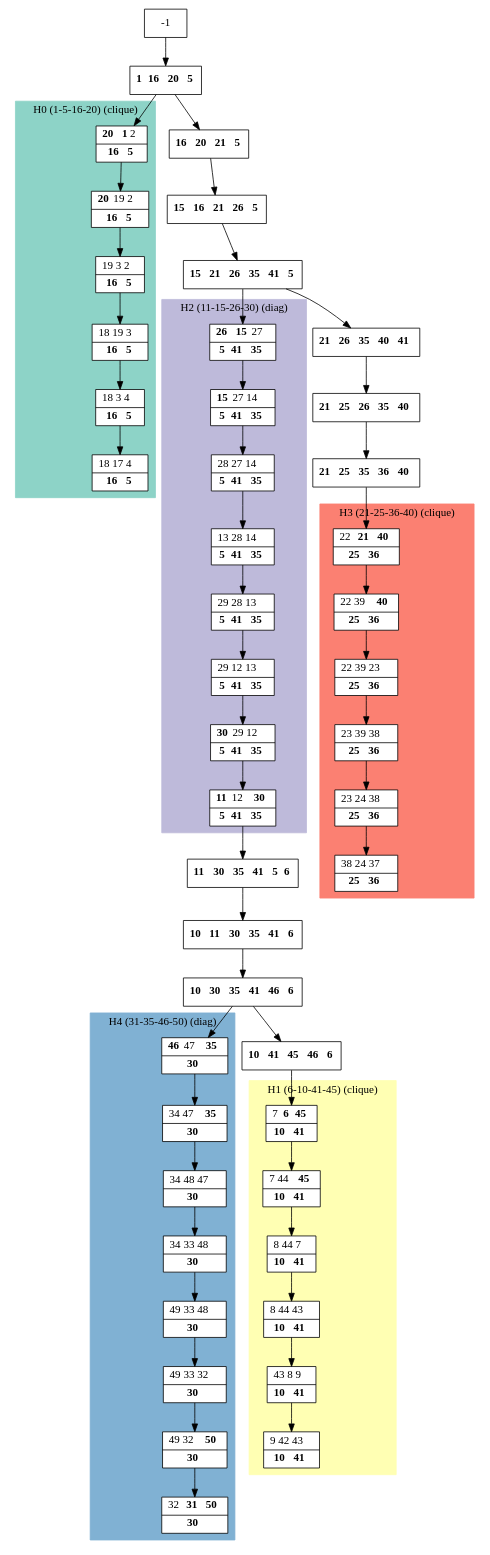
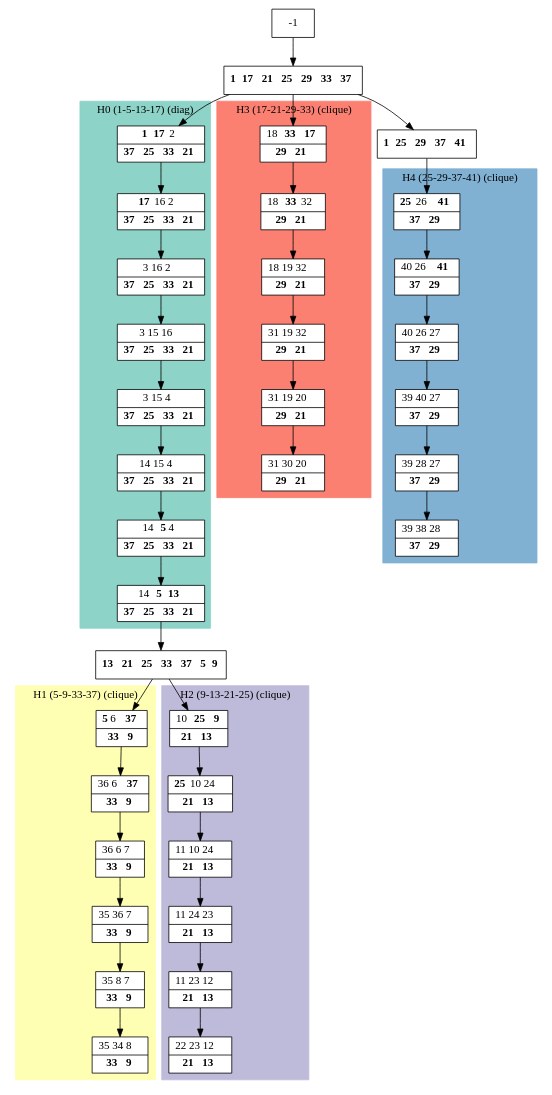
One commit to bmarchand/auto-dp changed the diagram in results/dot_files/processed_C5.dot. Above: the diagram before and after it, drawn with Graphviz. The commit also changed 188 other files, not shown here.

```diff
--- a/results/dot_files/processed_C5.dot
+++ b/results/dot_files/processed_C5.dot
@@ -1,104 +1,86 @@
 digraph G {
     node [shape=box];
     subgraph cluster0 {
         node [style=filled,fillcolor=white];
         labeljust="l";
         style=filled;
         color="#8DD3C7";
-        H0_0 -> H0_1 -> H0_2 -> H0_3 -> H0_4 -> H0_5;
-        label="H0 (1-5-16-20) (clique)";
+        H0_0 -> H0_1 -> H0_2 -> H0_3 -> H0_4 -> H0_5 -> H0_6 -> H0_7;
+        label="H0 (1-5-13-17) (diag)";
     }
     subgraph cluster1 {
         node [style=filled,fillcolor=white];
         labeljust="l";
         style=filled;
         color="#FFFFB3";
         H1_0 -> H1_1 -> H1_2 -> H1_3 -> H1_4 -> H1_5;
-        label="H1 (6-10-41-45) (clique)";
+        label="H1 (5-9-33-37) (clique)";
     }
     subgraph cluster2 {
         node [style=filled,fillcolor=white];
         labeljust="l";
         style=filled;
         color="#BEBADA";
-        H2_7 -> H2_6 -> H2_5 -> H2_4 -> H2_3 -> H2_2 -> H2_1 -> H2_0;
-        label="H2 (11-15-26-30) (diag)";
+        H2_0 -> H2_1 -> H2_2 -> H2_3 -> H2_4 -> H2_5;
+        label="H2 (9-13-21-25) (clique)";
     }
     subgraph cluster3 {
         node [style=filled,fillcolor=white];
         labeljust="l";
         style=filled;
         color="#FB8072";
         H3_0 -> H3_1 -> H3_2 -> H3_3 -> H3_4 -> H3_5;
-        label="H3 (21-25-36-40) (clique)";
+        label="H3 (17-21-29-33) (clique)";
     }
     subgraph cluster4 {
         node [style=filled,fillcolor=white];
         labeljust="l";
         style=filled;
         color="#80B1D3";
-        H4_7 -> H4_6 -> H4_5 -> H4_4 -> H4_3 -> H4_2 -> H4_1 -> H4_0;
-        label="H4 (31-35-46-50) (diag)";
+        H4_0 -> H4_1 -> H4_2 -> H4_3 -> H4_4 -> H4_5;
+        label="H4 (25-29-37-41) (clique)";
     }
-     1 [shape=record,label= <{ <b>1</b> <b>16</b> <b>20</b> <b>5</b>}> ];
+     1 [shape=record,label= <{ <b>1</b> <b>17</b> <b>21</b> <b>25</b> <b>29</b> <b>33</b> <b>37</b>}> ];
      -1  ->  1;
-     H0_0 [shape=record,label= <{ <b>20</b> <b>1</b> 2|  <b>16</b> <b>5</b>}> ];
+     H0_0 [shape=record,label= <{ <b>1</b> <b>17</b> 2|  <b>37</b> <b>25</b> <b>33</b> <b>21</b>}> ];
      1  ->  H0_0;
-     H0_1 [shape=record,label= <{ <b>20</b> 19 2|  <b>16</b> <b>5</b>}> ];
-     H0_2 [shape=record,label= <{ 19 3 2|  <b>16</b> <b>5</b>}> ];
-     H0_3 [shape=record,label= <{ 18 19 3|  <b>16</b> <b>5</b>}> ];
-     H0_4 [shape=record,label= <{ 18 3 4|  <b>16</b> <b>5</b>}> ];
-     H0_5 [shape=record,label= <{ 18 17 4|  <b>16</b> <b>5</b>}> ];
-     28 [shape=record,label= <{ <b>16</b> <b>20</b> <b>21</b> <b>5</b>}> ];
-     1  ->  28;
-     26 [shape=record,label= <{ <b>15</b> <b>16</b> <b>21</b> <b>26</b> <b>5</b>}> ];
-     28  ->  26;
-     25 [shape=record,label= <{ <b>15</b> <b>21</b> <b>26</b> <b>35</b> <b>41</b> <b>5</b>}> ];
-     26  ->  25;
-     29 [shape=record,label= <{ <b>21</b> <b>26</b> <b>35</b> <b>40</b> <b>41</b>}> ];
-     25  ->  29;
-     32 [shape=record,label= <{ <b>21</b> <b>25</b> <b>26</b> <b>35</b> <b>40</b>}> ];
-     29  ->  32;
-     33 [shape=record,label= <{ <b>21</b> <b>25</b> <b>35</b> <b>36</b> <b>40</b>}> ];
-     32  ->  33;
-     H3_0 [shape=record,label= <{ 22 <b>21</b> <b>40</b>|  <b>25</b> <b>36</b>}> ];
-     33  ->  H3_0;
-     H3_1 [shape=record,label= <{ 22 39 <b>40</b>|  <b>25</b> <b>36</b>}> ];
-     H3_2 [shape=record,label= <{ 22 39 23|  <b>25</b> <b>36</b>}> ];
-     H3_3 [shape=record,label= <{ 23 39 38|  <b>25</b> <b>36</b>}> ];
-     H3_4 [shape=record,label= <{ 23 24 38|  <b>25</b> <b>36</b>}> ];
-     H3_5 [shape=record,label= <{ 38 24 37|  <b>25</b> <b>36</b>}> ];
-     H2_7 [shape=record,label= <{ <b>26</b> <b>15</b> 27|  <b>5</b> <b>41</b> <b>35</b>}> ];
-     25  ->  H2_7;
-     H2_6 [shape=record,label= <{ <b>15</b> 27 14|  <b>5</b> <b>41</b> <b>35</b>}> ];
-     H2_5 [shape=record,label= <{ 28 27 14|  <b>5</b> <b>41</b> <b>35</b>}> ];
-     H2_4 [shape=record,label= <{ 13 28 14|  <b>5</b> <b>41</b> <b>35</b>}> ];
-     H2_3 [shape=record,label= <{ 29 28 13|  <b>5</b> <b>41</b> <b>35</b>}> ];
-     H2_2 [shape=record,label= <{ 29 12 13|  <b>5</b> <b>41</b> <b>35</b>}> ];
-     H2_1 [shape=record,label= <{ <b>30</b> 29 12|  <b>5</b> <b>41</b> <b>35</b>}> ];
-     H2_0 [shape=record,label= <{ <b>11</b> 12 <b>30</b>|  <b>5</b> <b>41</b> <b>35</b>}> ];
-     9 [shape=record,label= <{ <b>11</b> <b>30</b> <b>35</b> <b>41</b> <b>5</b> <b>6</b>}> ];
-     H2_0  ->  9;
-     11 [shape=record,label= <{ <b>10</b> <b>11</b> <b>30</b> <b>35</b> <b>41</b> <b>6</b>}> ];
-     9  ->  11;
-     12 [shape=record,label= <{ <b>10</b> <b>30</b> <b>35</b> <b>41</b> <b>46</b> <b>6</b>}> ];
-     11  ->  12;
-     13 [shape=record,label= <{ <b>10</b> <b>41</b> <b>45</b> <b>46</b> <b>6</b>}> ];
-     12  ->  13;
-     H1_0 [shape=record,label= <{ 7 <b>6</b> <b>45</b>|  <b>10</b> <b>41</b>}> ];
-     13  ->  H1_0;
-     H1_1 [shape=record,label= <{ 7 44 <b>45</b>|  <b>10</b> <b>41</b>}> ];
-     H1_2 [shape=record,label= <{ 8 44 7|  <b>10</b> <b>41</b>}> ];
-     H1_3 [shape=record,label= <{ 8 44 43|  <b>10</b> <b>41</b>}> ];
-     H1_4 [shape=record,label= <{ 43 8 9|  <b>10</b> <b>41</b>}> ];
-     H1_5 [shape=record,label= <{ 9 42 43|  <b>10</b> <b>41</b>}> ];
-     H4_7 [shape=record,label= <{ <b>46</b> 47 <b>35</b>|  <b>30</b>}> ];
-     12  ->  H4_7;
-     H4_6 [shape=record,label= <{ 34 47 <b>35</b>|  <b>30</b>}> ];
-     H4_5 [shape=record,label= <{ 34 48 47|  <b>30</b>}> ];
-     H4_4 [shape=record,label= <{ 34 33 48|  <b>30</b>}> ];
-     H4_3 [shape=record,label= <{ 49 33 48|  <b>30</b>}> ];
-     H4_2 [shape=record,label= <{ 49 33 32|  <b>30</b>}> ];
-     H4_1 [shape=record,label= <{ 49 32 <b>50</b>|  <b>30</b>}> ];
-     H4_0 [shape=record,label= <{ 32 <b>31</b> <b>50</b>|  <b>30</b>}> ];
+     H0_1 [shape=record,label= <{ <b>17</b> 16 2|  <b>37</b> <b>25</b> <b>33</b> <b>21</b>}> ];
+     H0_2 [shape=record,label= <{ 3 16 2|  <b>37</b> <b>25</b> <b>33</b> <b>21</b>}> ];
+     H0_3 [shape=record,label= <{ 3 15 16|  <b>37</b> <b>25</b> <b>33</b> <b>21</b>}> ];
+     H0_4 [shape=record,label= <{ 3 15 4|  <b>37</b> <b>25</b> <b>33</b> <b>21</b>}> ];
+     H0_5 [shape=record,label= <{ 14 15 4|  <b>37</b> <b>25</b> <b>33</b> <b>21</b>}> ];
+     H0_6 [shape=record,label= <{ 14 <b>5</b> 4|  <b>37</b> <b>25</b> <b>33</b> <b>21</b>}> ];
+     H0_7 [shape=record,label= <{ 14 <b>5</b> <b>13</b>|  <b>37</b> <b>25</b> <b>33</b> <b>21</b>}> ];
+     6 [shape=record,label= <{ <b>13</b> <b>21</b> <b>25</b> <b>33</b> <b>37</b> <b>5</b> <b>9</b>}> ];
+     H0_7  ->  6;
+     H1_0 [shape=record,label= <{ <b>5</b> 6 <b>37</b>|  <b>33</b> <b>9</b>}> ];
+     6  ->  H1_0;
+     H1_1 [shape=record,label= <{ 36 6 <b>37</b>|  <b>33</b> <b>9</b>}> ];
+     H1_2 [shape=record,label= <{ 36 6 7|  <b>33</b> <b>9</b>}> ];
+     H1_3 [shape=record,label= <{ 35 36 7|  <b>33</b> <b>9</b>}> ];
+     H1_4 [shape=record,label= <{ 35 8 7|  <b>33</b> <b>9</b>}> ];
+     H1_5 [shape=record,label= <{ 35 34 8|  <b>33</b> <b>9</b>}> ];
+     H2_0 [shape=record,label= <{ 10 <b>25</b> <b>9</b>|  <b>21</b> <b>13</b>}> ];
+     6  ->  H2_0;
+     H2_1 [shape=record,label= <{ <b>25</b> 10 24|  <b>21</b> <b>13</b>}> ];
+     H2_2 [shape=record,label= <{ 11 10 24|  <b>21</b> <b>13</b>}> ];
+     H2_3 [shape=record,label= <{ 11 24 23|  <b>21</b> <b>13</b>}> ];
+     H2_4 [shape=record,label= <{ 11 23 12|  <b>21</b> <b>13</b>}> ];
+     H2_5 [shape=record,label= <{ 22 23 12|  <b>21</b> <b>13</b>}> ];
+     H3_0 [shape=record,label= <{ 18 <b>33</b> <b>17</b>|  <b>29</b> <b>21</b>}> ];
+     1  ->  H3_0;
+     H3_1 [shape=record,label= <{ 18 <b>33</b> 32|  <b>29</b> <b>21</b>}> ];
+     H3_2 [shape=record,label= <{ 18 19 32|  <b>29</b> <b>21</b>}> ];
+     H3_3 [shape=record,label= <{ 31 19 32|  <b>29</b> <b>21</b>}> ];
+     H3_4 [shape=record,label= <{ 31 19 20|  <b>29</b> <b>21</b>}> ];
+     H3_5 [shape=record,label= <{ 31 30 20|  <b>29</b> <b>21</b>}> ];
+     31 [shape=record,label= <{ <b>1</b> <b>25</b> <b>29</b> <b>37</b> <b>41</b>}> ];
+     1  ->  31;
+     H4_0 [shape=record,label= <{ <b>25</b> 26 <b>41</b>|  <b>37</b> <b>29</b>}> ];
+     31  ->  H4_0;
+     H4_1 [shape=record,label= <{ 40 26 <b>41</b>|  <b>37</b> <b>29</b>}> ];
+     H4_2 [shape=record,label= <{ 40 26 27|  <b>37</b> <b>29</b>}> ];
+     H4_3 [shape=record,label= <{ 39 40 27|  <b>37</b> <b>29</b>}> ];
+     H4_4 [shape=record,label= <{ 39 28 27|  <b>37</b> <b>29</b>}> ];
+     H4_5 [shape=record,label= <{ 39 38 28|  <b>37</b> <b>29</b>}> ];
 }
```
